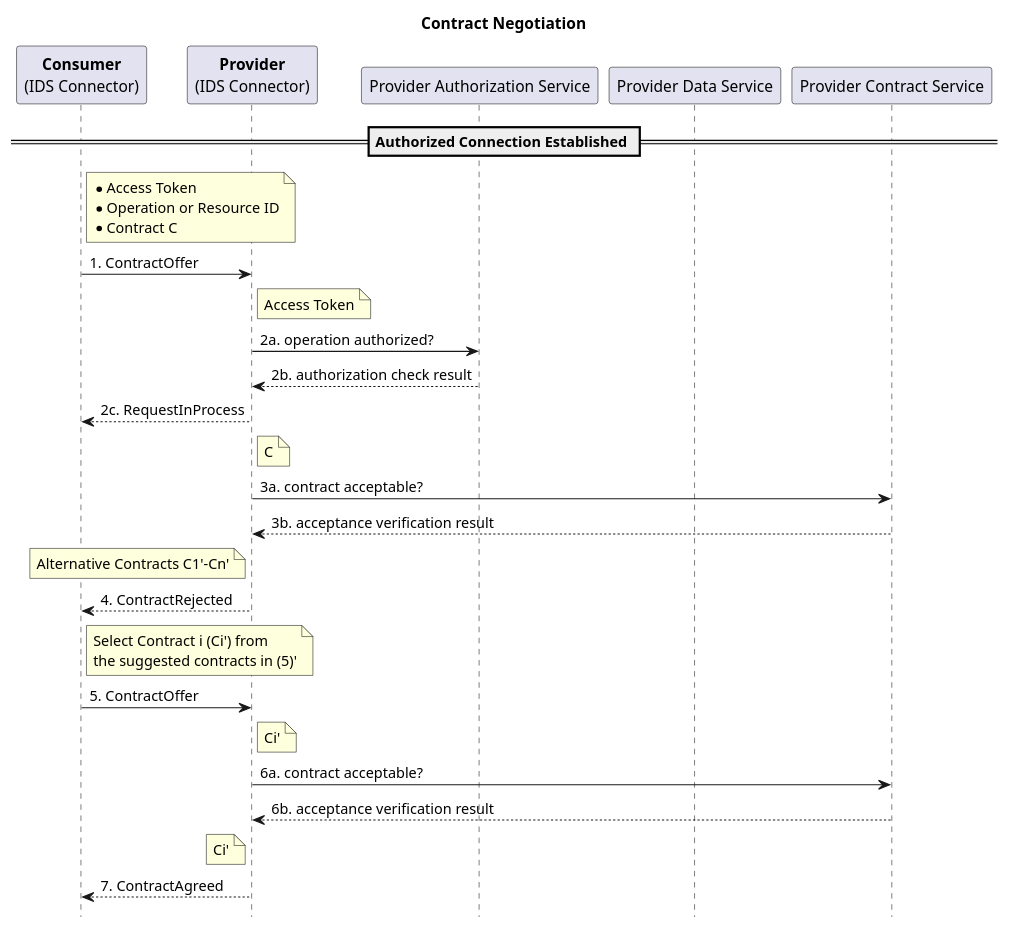
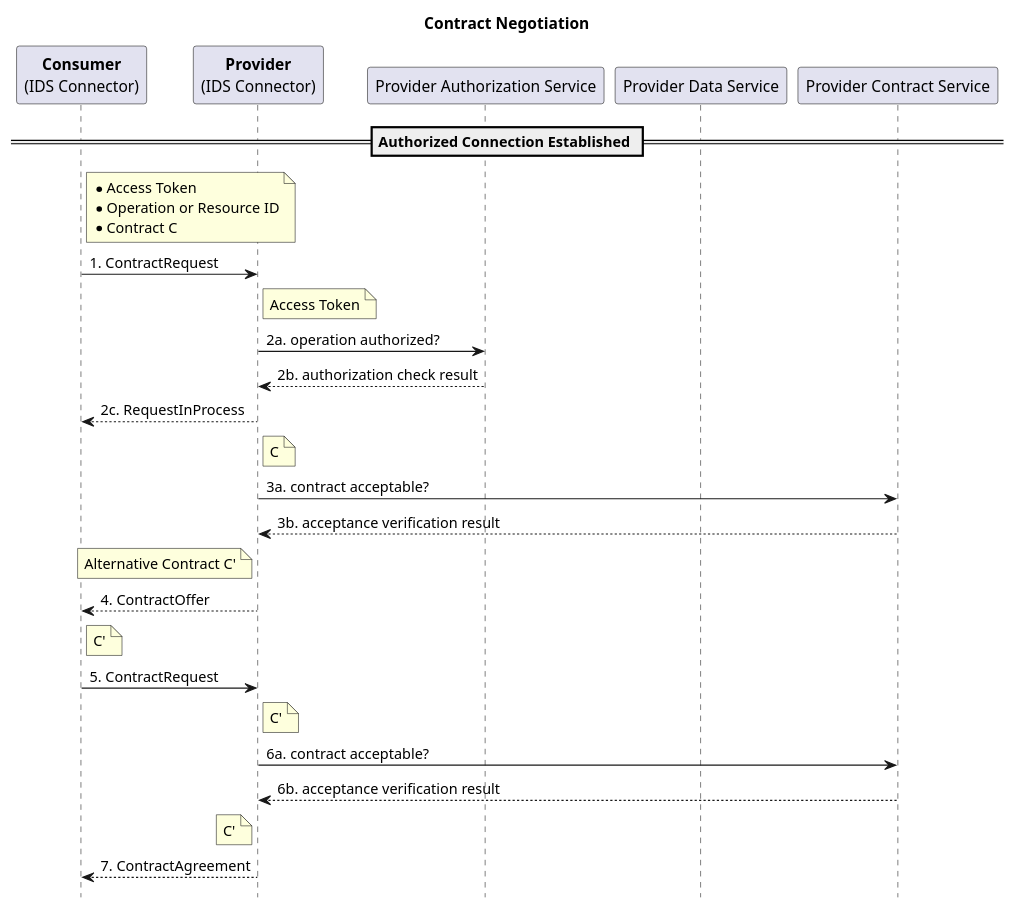
The diagram in contract_negotiation.plantuml (IndustrialDataSpace/Documentation), drawn with PlantUML before and after one commit.

Commit message:
update message names

```diff
--- a/contract_negotiation.plantuml
+++ b/contract_negotiation.plantuml
@@ -1,41 +1,41 @@
 @startuml
 
 hide footbox
 
 title Contract Negotiation
 
 participant "**Consumer**\n(IDS Connector)" as C
 participant "**Provider**\n(IDS Connector)" as P
 participant "Provider Authorization Service" as PAS
 participant "Provider Data Service" as PDS
 participant "Provider Contract Service" as PCS
 
 == Authorized Connection Established ==
 
 note right of C: *Access Token\n*Operation or Resource ID\n*Contract C
-C -> P: 1. ContractOffer
+C -> P: 1. ContractRequest
 
 note right of P: Access Token
 P -> PAS: 2a. operation authorized?
 P <-- PAS: 2b. authorization check result
 
 C <-- P: 2c. RequestInProcess
 
 note right of P: C
 P -> PCS: 3a. contract acceptable?
 P <-- PCS: 3b. acceptance verification result
 
-note left of P: Alternative Contracts C1'-Cn'
-P --> C: 4. ContractRejected
+note left of P: Alternative Contract C'
+P --> C: 4. ContractOffer
 
-note right of C: Select Contract i (Ci') from\nthe suggested contracts in (5)'
-C -> P: 5. ContractOffer
+note right of C: C'
+C -> P: 5. ContractRequest
 
-note right of P: Ci'
+note right of P: C'
 P -> PCS: 6a. contract acceptable?
 P <-- PCS: 6b. acceptance verification result
 
-note left of P: Ci'
-P --> C: 7. ContractAgreed
+note left of P: C'
+P --> C: 7. ContractAgreement
 
 @enduml
```
